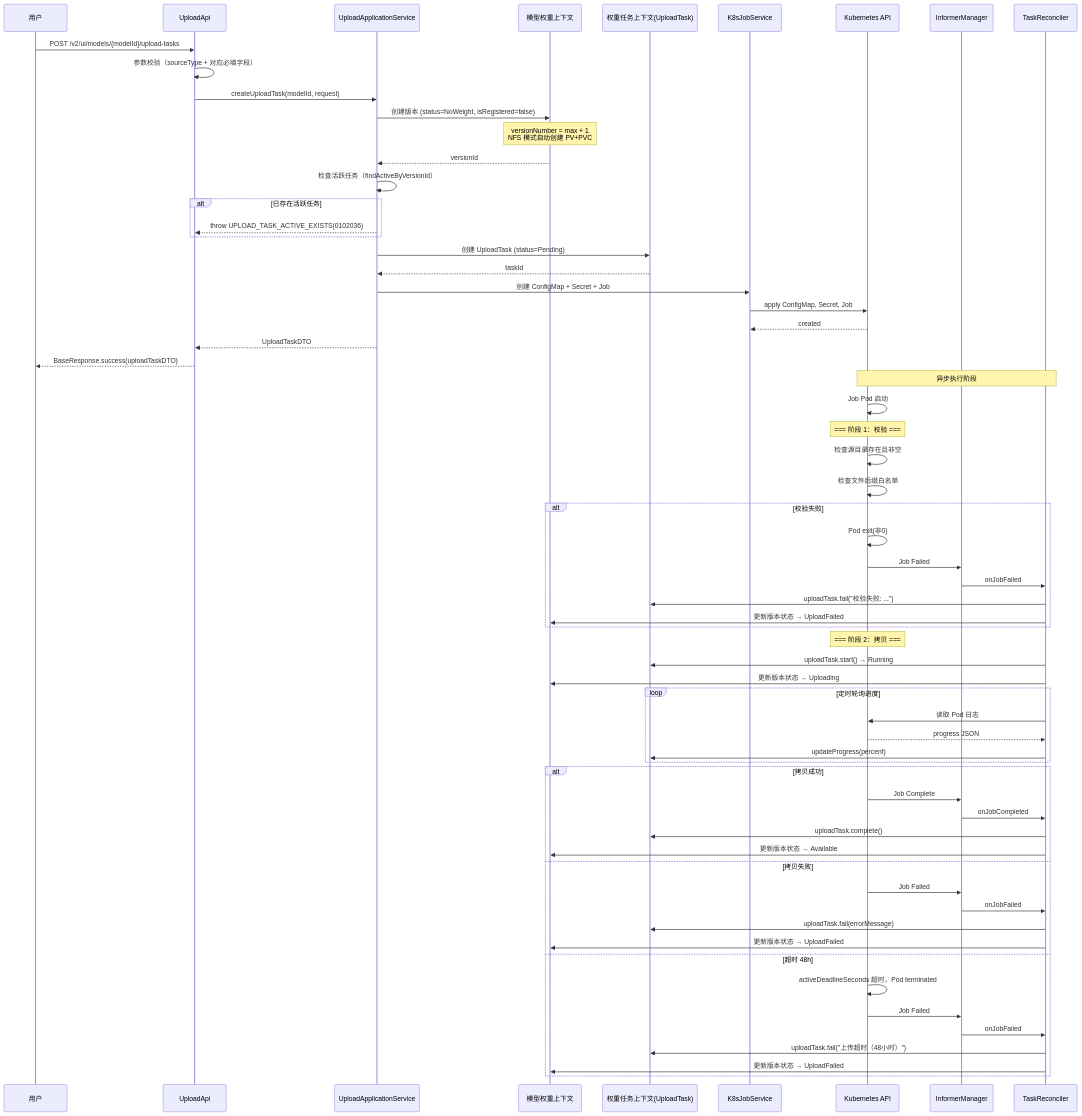
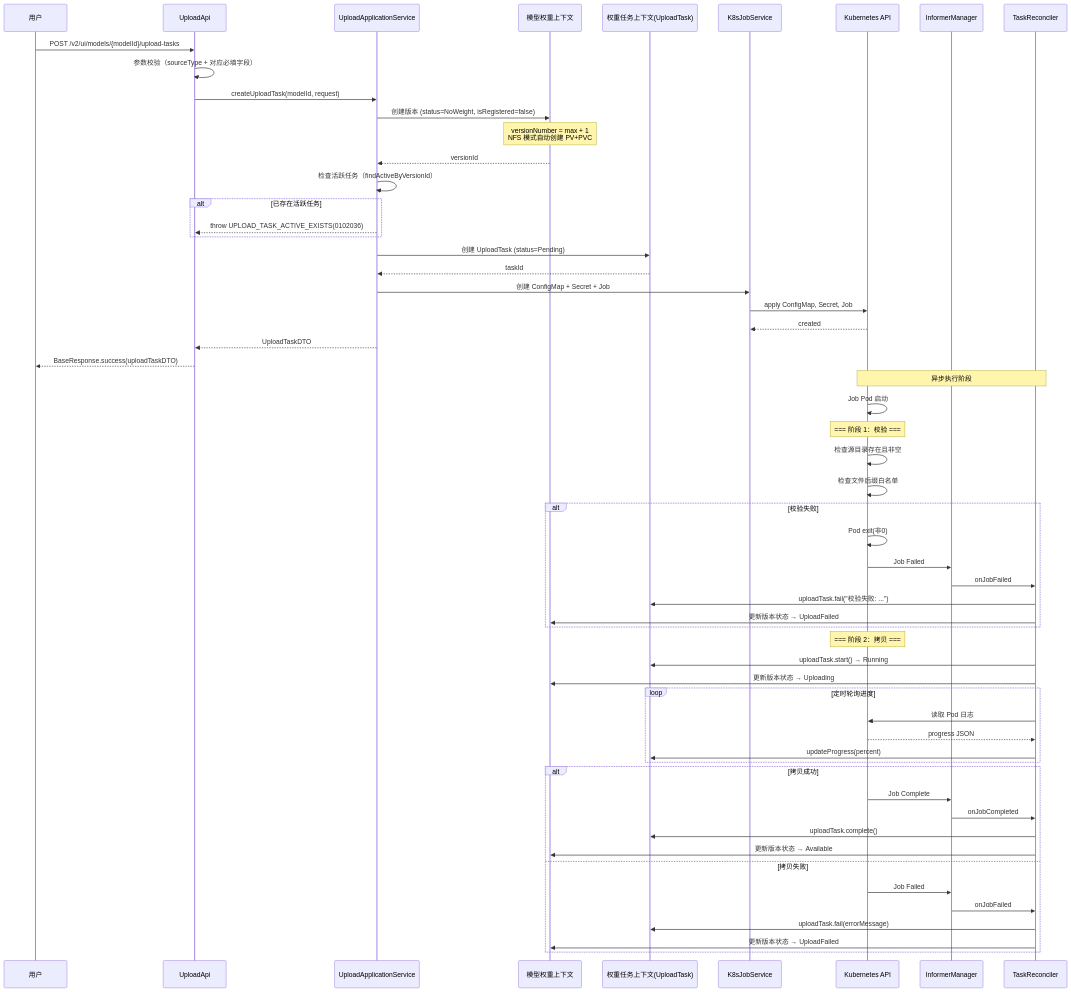
Before and after one commit to HaoruiSong622/model-lite-repository: the fourth of 14 diagrams in docs/features/feature-4-weight-import-design-enhanced.md, drawn with Mermaid. The commit also changed other lines of this file, not shown here.

````diff
--- a/docs/features/feature-4-weight-import-design-enhanced.md
+++ b/docs/features/feature-4-weight-import-design-enhanced.md
@@ -2285,79 +2254,73 @@
 ```mermaid
 sequenceDiagram
     participant User as 用户
     participant Api as UploadApi
     participant AppSvc as UploadApplicationService
     participant MW_CTX as 模型权重上下文
     participant WT_CTX as 权重任务上下文(UploadTask)
     participant K8sSvc as K8sJobService
     participant K8s as Kubernetes API
     participant Informer as InformerManager
     participant Reconciler as TaskReconciler
 
     User->>Api: POST /v2/ui/models/{modelId}/upload-tasks
     Api->>Api: 参数校验（sourceType + 对应必填字段）
     Api->>AppSvc: createUploadTask(modelId, request)
 
     AppSvc->>MW_CTX: 创建版本 (status=NoWeight, isRegistered=false)
     Note over MW_CTX: versionNumber = max + 1<br/>NFS 模式自动创建 PV+PVC
     MW_CTX-->>AppSvc: versionId
 
     AppSvc->>AppSvc: 检查活跃任务（findActiveByVersionId）
     alt 已存在活跃任务
         AppSvc-->>Api: throw UPLOAD_TASK_ACTIVE_EXISTS(0102036)
     end
 
     AppSvc->>WT_CTX: 创建 UploadTask (status=Pending)
     WT_CTX-->>AppSvc: taskId
 
     AppSvc->>K8sSvc: 创建 ConfigMap + Secret + Job
     K8sSvc->>K8s: apply ConfigMap, Secret, Job
     K8s-->>K8sSvc: created
 
     AppSvc-->>Api: UploadTaskDTO
     Api-->>User: BaseResponse.success(uploadTaskDTO)
 
     Note over K8s,Reconciler: 异步执行阶段
 
     K8s->>K8s: Job Pod 启动
 
     Note over K8s: === 阶段 1：校验 ===
     K8s->>K8s: 检查源目录存在且非空
     K8s->>K8s: 检查文件后缀白名单
 
     alt 校验失败
         K8s->>K8s: Pod exit(非0)
         K8s->>Informer: Job Failed
         Informer->>Reconciler: onJobFailed
         Reconciler->>WT_CTX: uploadTask.fail("校验失败: ...")
         Reconciler->>MW_CTX: 更新版本状态 → UploadFailed
     end
 
     Note over K8s: === 阶段 2：拷贝 ===
     Reconciler->>WT_CTX: uploadTask.start() → Running
     Reconciler->>MW_CTX: 更新版本状态 → Uploading
 
     loop 定时轮询进度
         Reconciler->>K8s: 读取 Pod 日志
         K8s-->>Reconciler: progress JSON
         Reconciler->>WT_CTX: updateProgress(percent)
     end
 
     alt 拷贝成功
         K8s->>Informer: Job Complete
         Informer->>Reconciler: onJobCompleted
         Reconciler->>WT_CTX: uploadTask.complete()
         Reconciler->>MW_CTX: 更新版本状态 → Available
     else 拷贝失败
         K8s->>Informer: Job Failed
         Informer->>Reconciler: onJobFailed
         Reconciler->>WT_CTX: uploadTask.fail(errorMessage)
         Reconciler->>MW_CTX: 更新版本状态 → UploadFailed
-    else 超时 48h
-        K8s->>K8s: activeDeadlineSeconds 超时，Pod terminated
-        K8s->>Informer: Job Failed
-        Informer->>Reconciler: onJobFailed
-        Reconciler->>WT_CTX: uploadTask.fail("上传超时（48小时）")
-        Reconciler->>MW_CTX: 更新版本状态 → UploadFailed
     end
 ```
````
